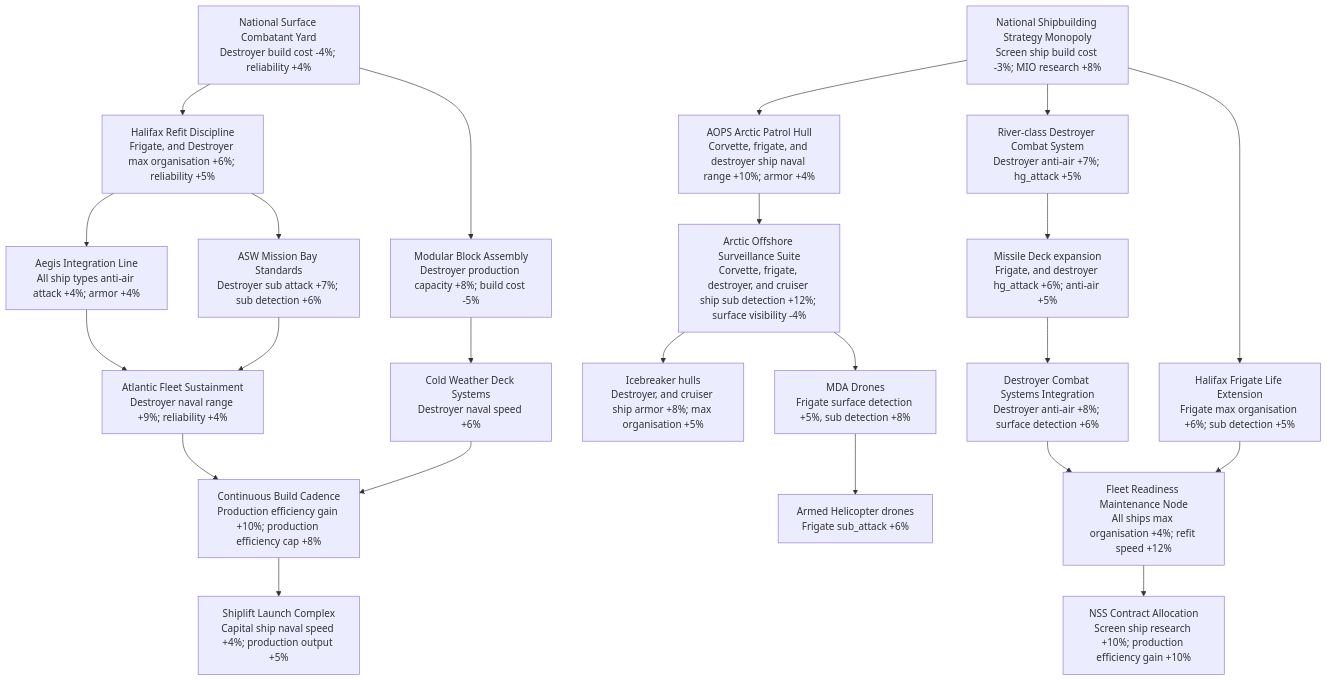
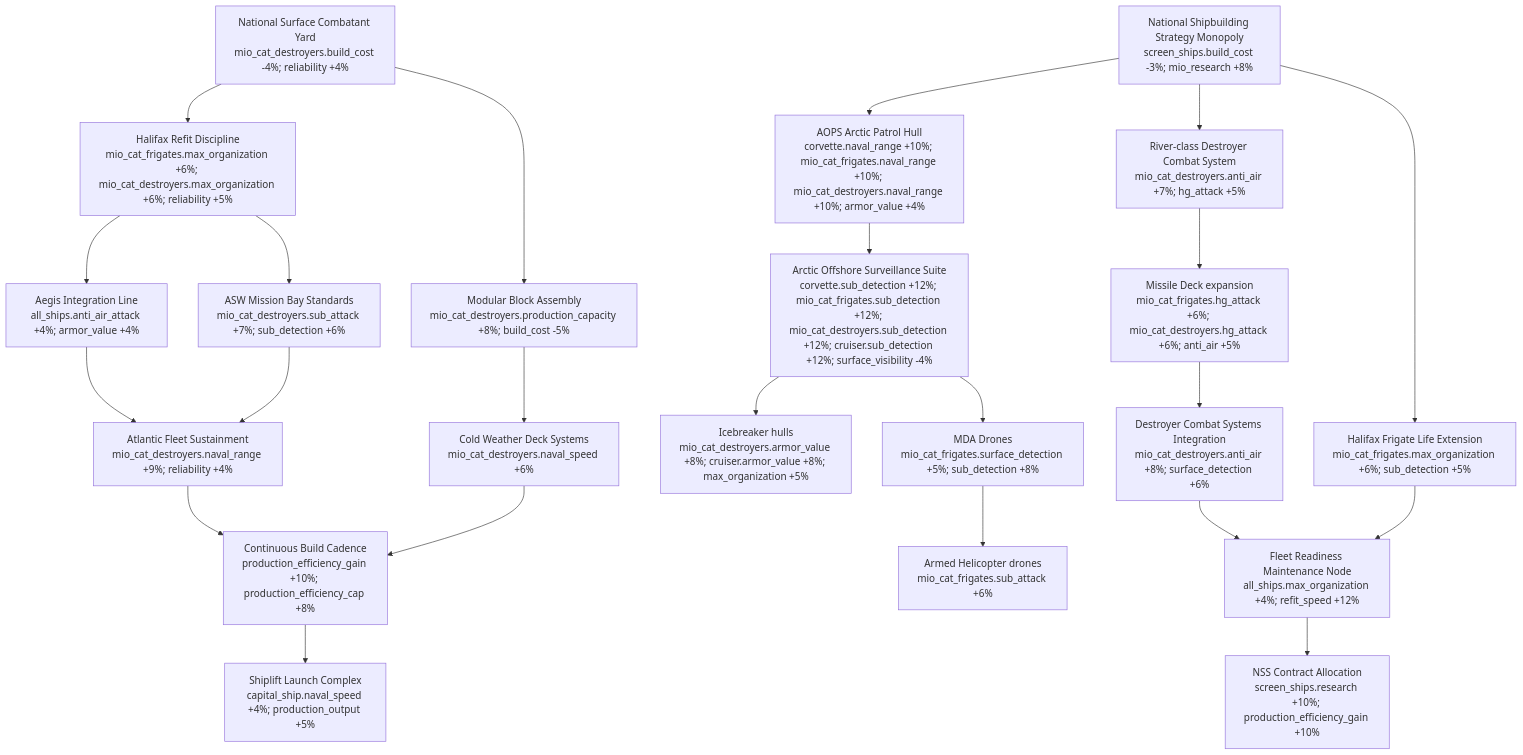
One commit to MillenniumDawn/Millennium-Dawn changed the fifth of 9 diagrams in docs/countries/canada/mio.md. Above: the diagram before and after it, drawn with Mermaid. The commit also changed other lines of this file, not shown here.

Commit message:
MIO cleanup

````diff
--- a/docs/countries/canada/mio.md
+++ b/docs/countries/canada/mio.md
@@ -189,54 +188,53 @@
 ```mermaid
 flowchart TD
     %% Industrial foundation branch
-    I0["National Surface Combatant Yard<br/>Destroyer build cost -4%; reliability +4%"]
-    I1["Halifax Refit Discipline<br/>Frigate, and Destroyer max organisation +6%; reliability +5%"]
-    I2["Modular Block Assembly<br/>Destroyer production capacity +8%; build cost -5%"]
-    I5["Cold Weather Deck Systems<br/>Destroyer naval speed +6%"]
-    I3["Aegis Integration Line<br/>All ship types anti-air attack +4%; armor +4%"]
-    I4["ASW Mission Bay Standards<br/>Destroyer sub attack +7%; sub detection +6%"]
-    I6["Atlantic Fleet Sustainment<br/>Destroyer naval range +9%; reliability +4%"]
-    I7["Continuous Build Cadence<br/>Production efficiency gain +10%; production efficiency cap +8%"]
-    I8["Shiplift Launch Complex<br/>Capital ship naval speed +4%; production output +5%"]
+    I0["National Surface Combatant Yard<br/>mio_cat_destroyers.build_cost -4%; reliability +4%"]
+    I1["Halifax Refit Discipline<br/>mio_cat_frigates.max_organization +6%; mio_cat_destroyers.max_organization +6%; reliability +5%"]
+    I2["Modular Block Assembly<br/>mio_cat_destroyers.production_capacity +8%; build_cost -5%"]
+    I5["Cold Weather Deck Systems<br/>mio_cat_destroyers.naval_speed +6%"]
+    I3["Aegis Integration Line<br/>all_ships.anti_air_attack +4%; armor_value +4%"]
+    I4["ASW Mission Bay Standards<br/>mio_cat_destroyers.sub_attack +7%; sub_detection +6%"]
+    I6["Atlantic Fleet Sustainment<br/>mio_cat_destroyers.naval_range +9%; reliability +4%"]
+    I7["Continuous Build Cadence<br/>production_efficiency_gain +10%; production_efficiency_cap +8%"]
+    I8["Shiplift Launch Complex<br/>capital_ship.naval_speed +4%; production_output +5%"]
 
     %% National program and contracts branch
-    I9["National Shipbuilding Strategy Monopoly<br/>Screen ship build cost -3%; MIO research +8%"]
-    I10["AOPS Arctic Patrol Hull<br/>Corvette, frigate, and destroyer ship naval range +10%; armor +4%"]
-    I11["River-class Destroyer Combat System<br/>Destroyer anti-air +7%; hg_attack +5%"]
-    I12["Halifax Frigate Life Extension<br/>Frigate max organisation +6%; sub detection +5%"]
-    I14["Missile Deck expansion<br/>Frigate, and destroyer hg_attack +6%; anti-air +5%"]
-    I18["Destroyer Combat Systems Integration<br/>Destroyer anti-air +8%; surface detection +6%"]
-    I15["MDA Drones<br/>Frigate surface detection +5%, sub detection +8%"]
-    I16["Armed Helicopter drones<br/>Frigate sub_attack +6%"]
-    I13["Arctic Offshore Surveillance Suite<br/>Corvette, frigate, destroyer, and cruiser ship sub detection +12%; surface visibility -4%"]
-    I17["Icebreaker hulls<br/>Destroyer, and cruiser ship armor +8%; max organisation +5%"]
+    I9["National Shipbuilding Strategy Monopoly<br/>screen_ships.build_cost -3%; mio_research +8%"]
+    I10["AOPS Arctic Patrol Hull<br/>corvette.naval_range +10%; mio_cat_frigates.naval_range +10%; mio_cat_destroyers.naval_range +10%; armor_value +4%"]
+    I11["River-class Destroyer Combat System<br/>mio_cat_destroyers.anti_air +7%; hg_attack +5%"]
+    I12["Halifax Frigate Life Extension<br/>mio_cat_frigates.max_organization +6%; sub_detection +5%"]
+    I14["Missile Deck expansion<br/>mio_cat_frigates.hg_attack +6%; mio_cat_destroyers.hg_attack +6%; anti_air +5%"]
+    I18["Destroyer Combat Systems Integration<br/>mio_cat_destroyers.anti_air +8%; surface_detection +6%"]
+    I15["MDA Drones<br/>mio_cat_frigates.surface_detection +5%; sub_detection +8%"]
+    I16["Armed Helicopter drones<br/>mio_cat_frigates.sub_attack +6%"]
+    I13["Arctic Offshore Surveillance Suite<br/>corvette.sub_detection +12%; mio_cat_frigates.sub_detection +12%; mio_cat_destroyers.sub_detection +12%; cruiser.sub_detection +12%; surface_visibility -4%"]
+    I17["Icebreaker hulls<br/>mio_cat_destroyers.armor_value +8%; cruiser.armor_value +8%; max_organization +5%"]
 
     %% Fleet readiness branch
-    I19["Fleet Readiness Maintenance Node<br/>All ships max organisation +4%; refit speed +12%"]
-    I20["NSS Contract Allocation<br/>Screen ship research +10%; production efficiency gain +10%"]
-
+    I19["Fleet Readiness Maintenance Node<br/>all_ships.max_organization +4%; refit_speed +12%"]
+    I20["NSS Contract Allocation<br/>screen_ships.research +10%; production_efficiency_gain +10%"]
 
     I0 --> I1
     I0 --> I2
     I1 --> I3
     I1 --> I4
     I2 --> I5
     I3 --> I6
     I4 --> I6
     I5 --> I7
     I6 --> I7
     I7 --> I8
 
     I9 --> I10
     I9 --> I11
     I9 --> I12
     I10 --> I13
     I11 --> I14
     I14 --> I18
     I12 --> I19
     I18 --> I19
     I13 --> I17
     I13 --> I15
     I15 --> I16
     I19 --> I20
 ```
````
